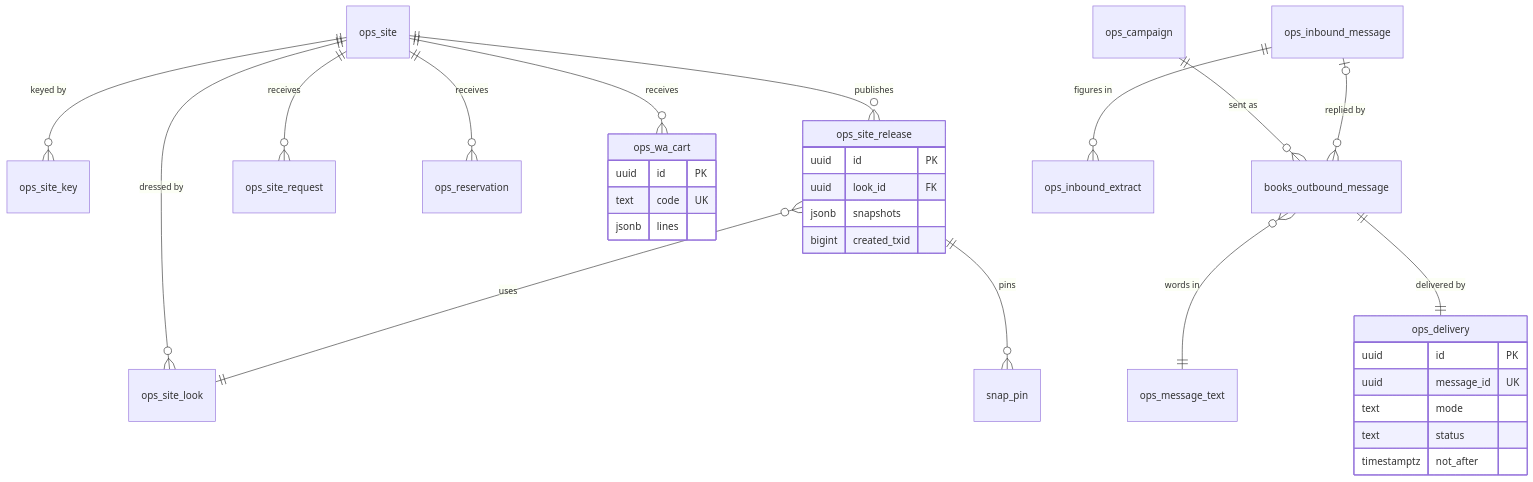
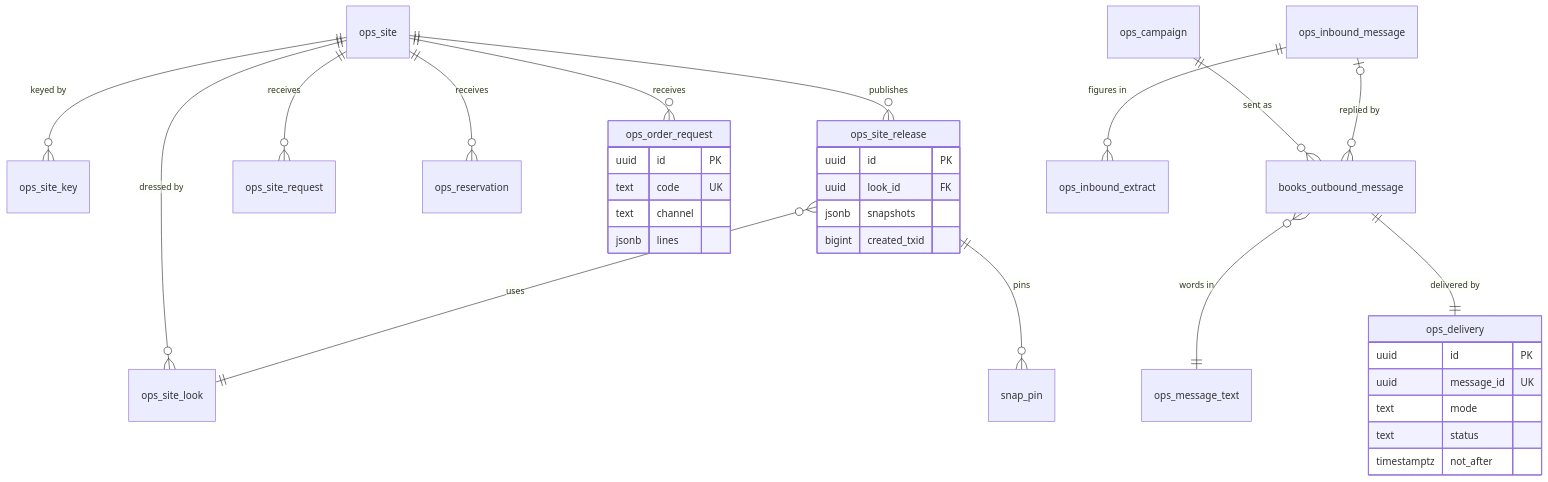
The tenth of 21 diagrams in docs/BLUEPRINT.md (SawhneySatvik/munshi), drawn with Mermaid before and after one commit. The commit also changed other lines of this file and 4 other files, not shown here.

````diff
--- a/docs/BLUEPRINT.md
+++ b/docs/BLUEPRINT.md
@@ -1170,34 +1387,35 @@
 ```mermaid
 erDiagram
   ops_site ||--o{ ops_site_key : "keyed by"
   ops_site ||--o{ ops_site_look : "dressed by"
   ops_site ||--o{ ops_site_release : publishes
   ops_site_release }o--|| ops_site_look : uses
   ops_site_release ||--o{ snap_pin : pins
   ops_site ||--o{ ops_site_request : receives
   ops_site ||--o{ ops_reservation : receives
-  ops_site ||--o{ ops_wa_cart : receives
+  ops_site ||--o{ ops_order_request : receives
   ops_campaign ||--o{ books_outbound_message : "sent as"
   books_outbound_message }o--|| ops_message_text : "words in"
   books_outbound_message ||--|| ops_delivery : "delivered by"
   ops_inbound_message ||--o{ ops_inbound_extract : "figures in"
   ops_inbound_message |o--o{ books_outbound_message : "replied by"
   ops_site_release {
     uuid id PK
     uuid look_id FK
     jsonb snapshots
     bigint created_txid
   }
   ops_delivery {
     uuid id PK
     uuid message_id UK
     text mode
     text status
     timestamptz not_after
   }
-  ops_wa_cart {
+  ops_order_request {
     uuid id PK
     text code UK
+    text channel
     jsonb lines
   }
 ```
````
